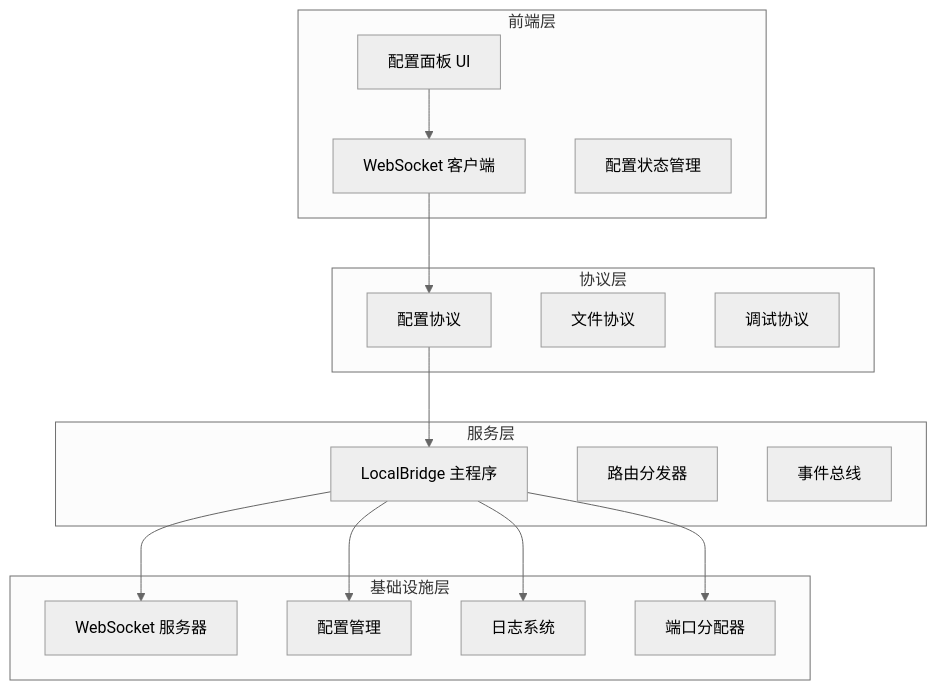
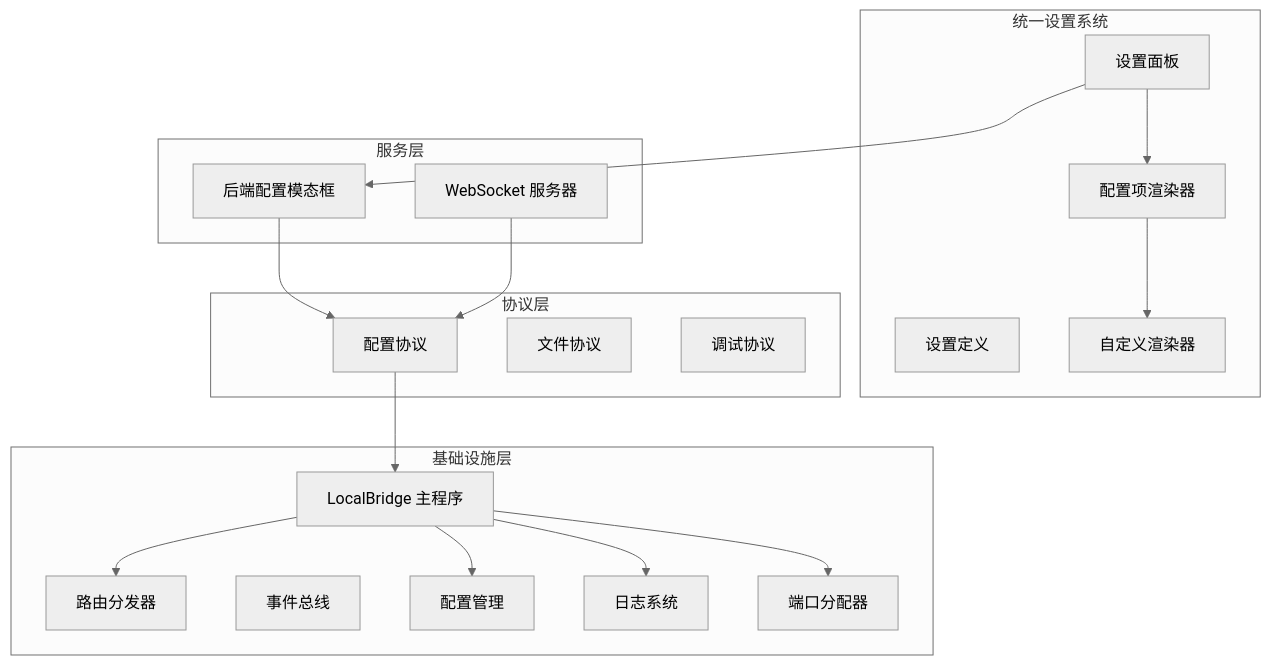
The first of 9 diagrams in .qoder/repowiki/zh/content/用户界面/面板系统/配置面板/本地服务配置区域.md (kqcoxn/MaaPipelineEditor), drawn with Mermaid (neutral theme) before and after one commit. The commit also changed other lines of this file and 50 other files, not shown here.

````diff
--- a/.qoder/repowiki/zh/content/用户界面/面板系统/配置面板/本地服务配置区域.md
+++ b/.qoder/repowiki/zh/content/用户界面/面板系统/配置面板/本地服务配置区域.md
@@ -49,31 +63,36 @@
 ```mermaid
 graph TB
-subgraph "前端层"
-UI[配置面板 UI]
-WS[WebSocket 客户端]
-Store[配置状态管理]
+subgraph "统一设置系统"
+SettingsPanel[设置面板]
+ConfigItemRenderer[配置项渲染器]
+SettingsDefinitions[设置定义]
+CustomRenderers[自定义渲染器]
 end
 subgraph "协议层"
-ConfigProto[配置协议]
-FileProto[文件协议]
-DebugProto[调试协议]
+ConfigProtocol[配置协议]
+FileProtocol[文件协议]
+DebugProtocol[调试协议]
 end
 subgraph "服务层"
-LB[LocalBridge 主程序]
+LocalWebSocketServer[WebSocket 服务器]
+BackendConfigModal[后端配置模态框]
+end
+subgraph "基础设施层"
+LocalBridge[LocalBridge 主程序]
 Router[路由分发器]
 EventBus[事件总线]
-end
-subgraph "基础设施层"
-WS_Server[WebSocket 服务器]
 Config[配置管理]
 Logger[日志系统]
 PortAlloc[端口分配器]
 end
-UI --> WS
-WS --> ConfigProto
-ConfigProto --> LB
-LB --> WS_Server
-LB --> Config
-LB --> Logger
-LB --> PortAlloc
+SettingsPanel --> ConfigItemRenderer
+ConfigItemRenderer --> CustomRenderers
+SettingsPanel --> BackendConfigModal
+BackendConfigModal --> ConfigProtocol
+LocalWebSocketServer --> ConfigProtocol
+ConfigProtocol --> LocalBridge
+LocalBridge --> Router
+LocalBridge --> Config
+LocalBridge --> Logger
+LocalBridge --> PortAlloc
 ```
````
